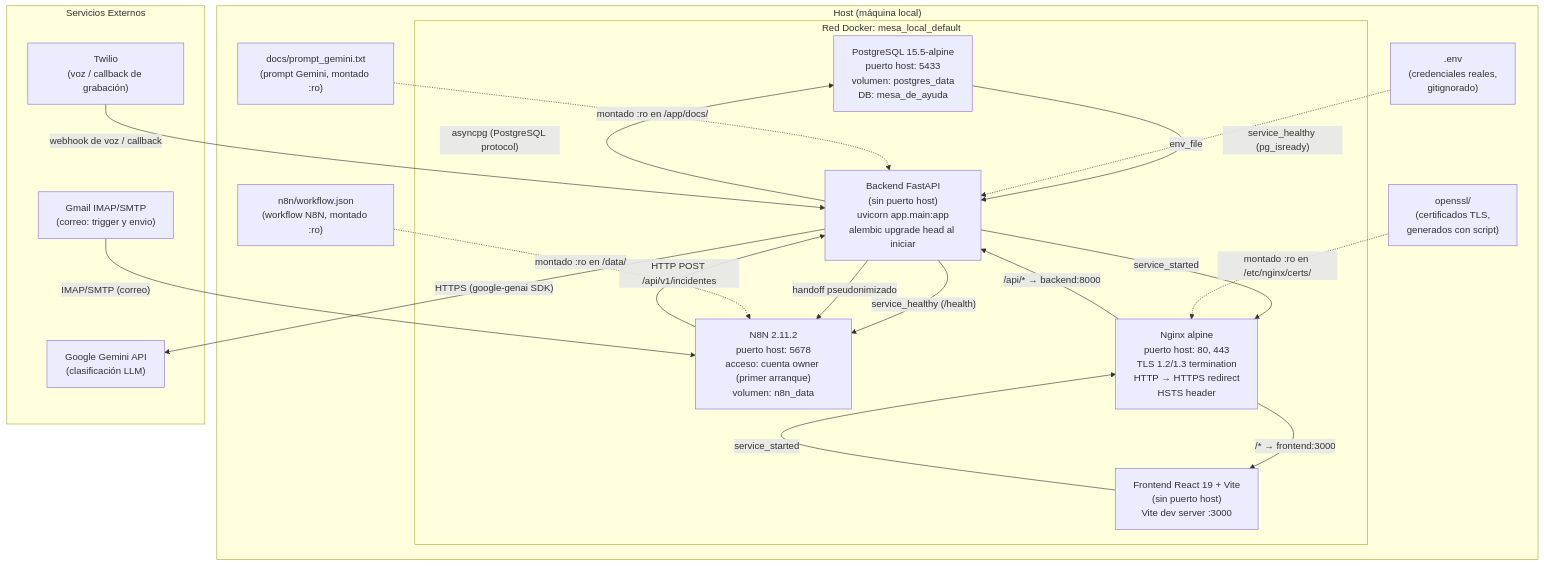
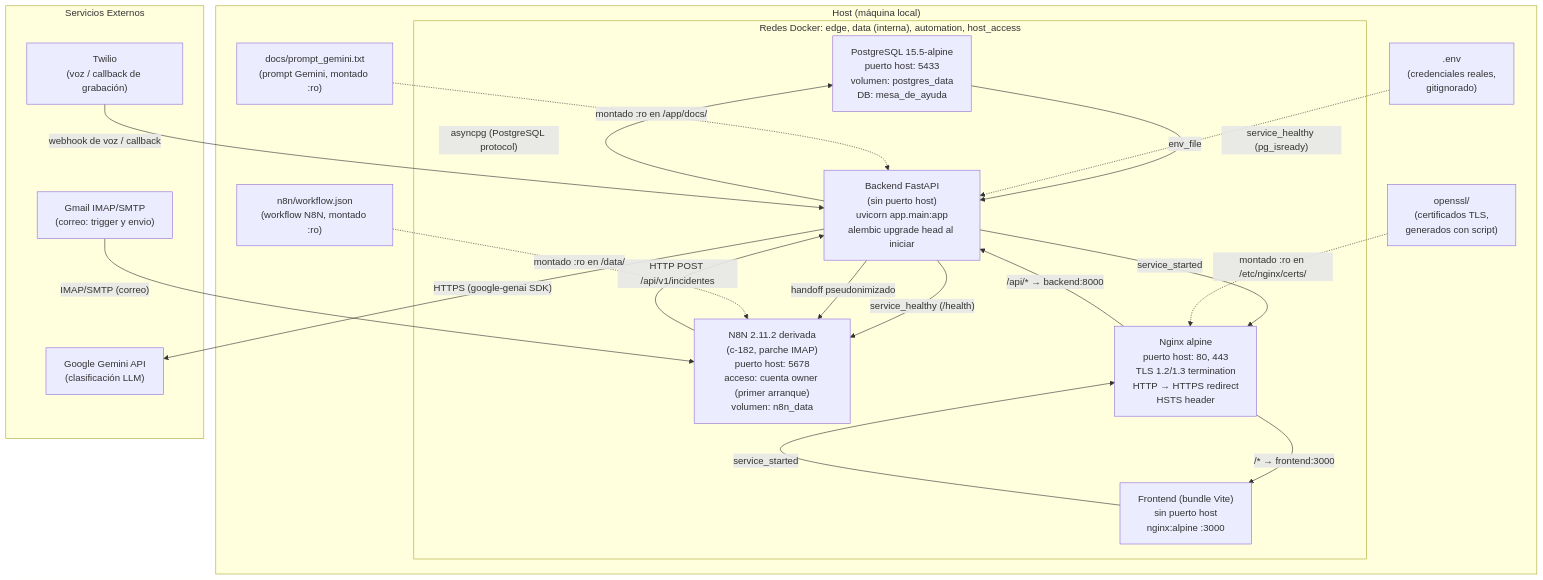
The diagram in docs/diagrams/despliegue.md (lucaGomezB/Automatizacion-de-Mesa-de-Ayuda-N8N), drawn with Mermaid before and after one commit. The commit also changed other lines of this file and 41 other files, not shown here.

````diff
--- a/docs/diagrams/despliegue.md
+++ b/docs/diagrams/despliegue.md
@@ -10,49 +13,49 @@
 ```mermaid
 graph TD
     subgraph Host["Host (máquina local)"]
-        subgraph Docker["Red Docker: mesa_local_default"]
+        subgraph Docker["Redes Docker: edge, data (interna), automation, host_access"]
             PG["PostgreSQL 15.5-alpine\npuerto host: 5433\nvolumen: postgres_data\nDB: mesa_de_ayuda"]
             BE["Backend FastAPI\n(sin puerto host)\nuvicorn app.main:app\nalembic upgrade head al iniciar"]
-            N8N["N8N 2.11.2\npuerto host: 5678\nacceso: cuenta owner (primer arranque)\nvolumen: n8n_data"]
-            FE["Frontend React 19 + Vite\n(sin puerto host)\nVite dev server :3000"]
+            N8N["N8N 2.11.2 derivada\n(c-182, parche IMAP)\npuerto host: 5678\nacceso: cuenta owner (primer arranque)\nvolumen: n8n_data"]
+            FE["Frontend (bundle Vite)\nsin puerto host\nnginx:alpine :3000"]
             NGX["Nginx alpine\npuerto host: 80, 443\nTLS 1.2/1.3 termination\nHTTP → HTTPS redirect\nHSTS header"]
         end
 
         ENV[".env\n(credenciales reales,\ngitignorado)"]
         WF["n8n/workflow.json\n(workflow N8N, montado :ro)"]
         PROMPT["docs/prompt_gemini.txt\n(prompt Gemini, montado :ro)"]
         CERTS["openssl/\n(certificados TLS,\ngenerados con script)"]
     end
 
     subgraph External["Servicios Externos"]
         GEMINI["Google Gemini API\n(clasificación LLM)"]
         IMAP["Gmail IMAP/SMTP\n(correo: trigger y envio)"]
         TWILIO["Twilio\n(voz / callback de grabación)"]
     end
 
     %% Dependencias de salud declaradas en el compose
     PG -- "service_healthy (pg_isready)" --> BE
     BE -- "service_healthy (/health)" --> N8N
     BE -- "service_started" --> NGX
     FE -- "service_started" --> NGX
 
     %% Comunicación entre servicios
     BE -- "asyncpg (PostgreSQL protocol)" --> PG
     N8N -- "HTTP POST /api/v1/incidentes" --> BE
     BE -- "HTTPS (google-genai SDK)" --> GEMINI
 
     %% Nginx proxy rutas
     NGX -- "/api/* → backend:8000" --> BE
     NGX -- "/* → frontend:3000" --> FE
 
     %% Canales de entrada externos
     IMAP -- "IMAP/SMTP (correo)" --> N8N
     TWILIO -- "webhook de voz / callback" --> BE
     BE -- "handoff pseudonimizado" --> N8N
 
     %% Volúmenes y archivos
     ENV -. "env_file" .-> BE
     WF -. "montado :ro en /data/" .-> N8N
     PROMPT -. "montado :ro en /app/docs/" .-> BE
     CERTS -. "montado :ro en /etc/nginx/certs/" .-> NGX
 ```
````
